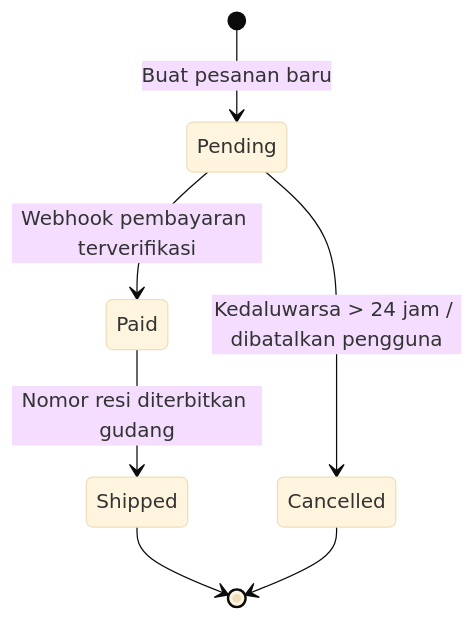
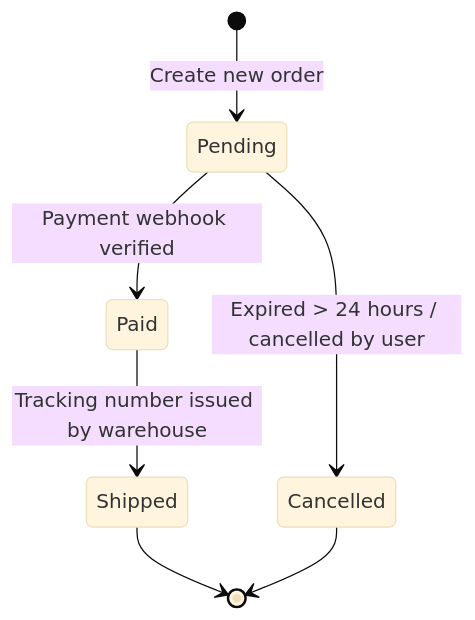
The fifth of 5 diagrams in skills/maxilun-diagrams/SKILL.md (giriedu/maxilun), drawn with Mermaid (base theme) before and after one commit. The commit also changed other lines of this file and 207 other files, not shown here.

````diff
--- a/skills/maxilun-diagrams/SKILL.md
+++ b/skills/maxilun-diagrams/SKILL.md
@@ -133,9 +132,9 @@
 ```mermaid
 stateDiagram-v2
-    [*] --> Pending: Buat pesanan baru
-    Pending --> Paid: Webhook pembayaran terverifikasi
-    Pending --> Cancelled: Kedaluwarsa > 24 jam / dibatalkan pengguna
-    Paid --> Shipped: Nomor resi diterbitkan gudang
+    [*] --> Pending: Create new order
+    Pending --> Paid: Payment webhook verified
+    Pending --> Cancelled: Expired > 24 hours / cancelled by user
+    Paid --> Shipped: Tracking number issued by warehouse
     Shipped --> [*]
     Cancelled --> [*]
 ```
````
